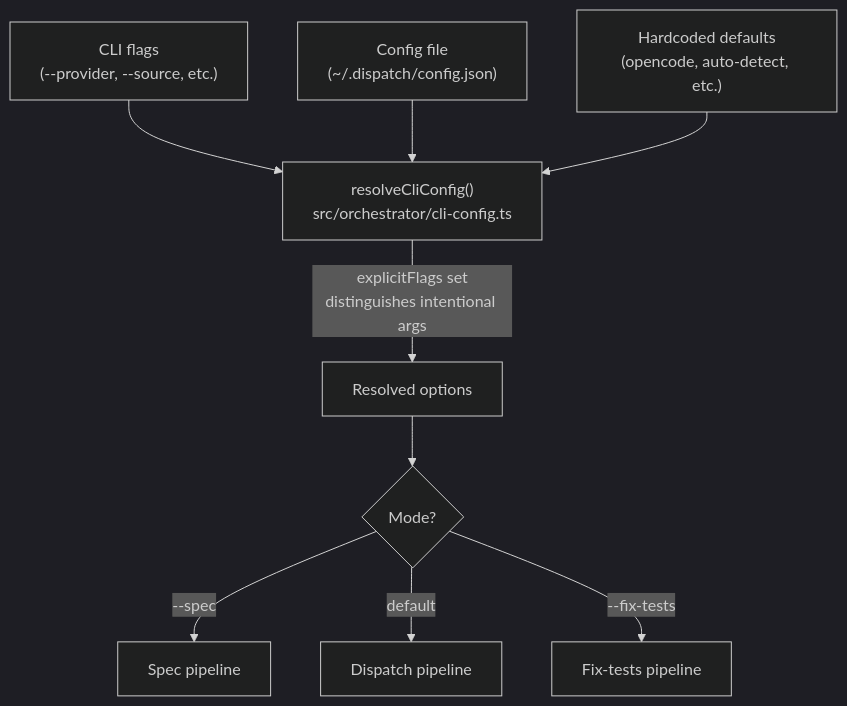
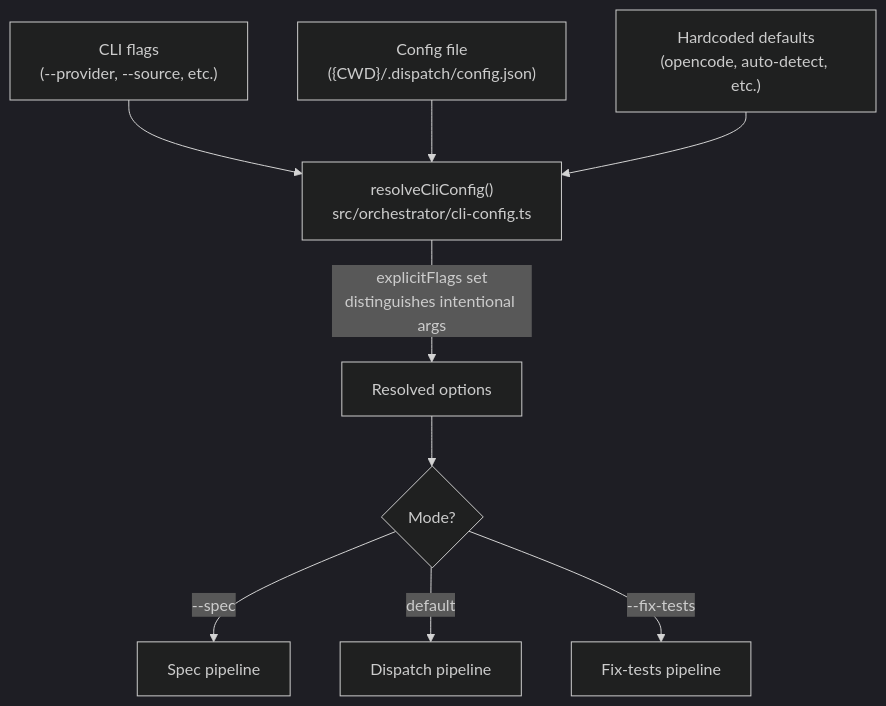
One commit to PatrickRuddiman/Dispatch changed the third of 5 diagrams in docs/architecture.md. Above: the diagram before and after it, drawn with Mermaid (dark theme). The commit also changed other lines of this file and 66 other files, not shown here.

````diff
--- a/docs/architecture.md
+++ b/docs/architecture.md
@@ -126,11 +126,11 @@
 ```mermaid
 flowchart TD
     A["CLI flags<br/>(--provider, --source, etc.)"] --> D["resolveCliConfig()<br/>src/orchestrator/cli-config.ts"]
-    B["Config file<br/>(~/.dispatch/config.json)"] --> D
+    B["Config file<br/>({CWD}/.dispatch/config.json)"] --> D
     C["Hardcoded defaults<br/>(opencode, auto-detect, etc.)"] --> D
     D -->|"explicitFlags set<br/>distinguishes intentional args"| E["Resolved options"]
     E --> F{"Mode?"}
     F -->|"--spec"| G["Spec pipeline"]
     F -->|"default"| H["Dispatch pipeline"]
     F -->|"--fix-tests"| I["Fix-tests pipeline"]
 ```
````
